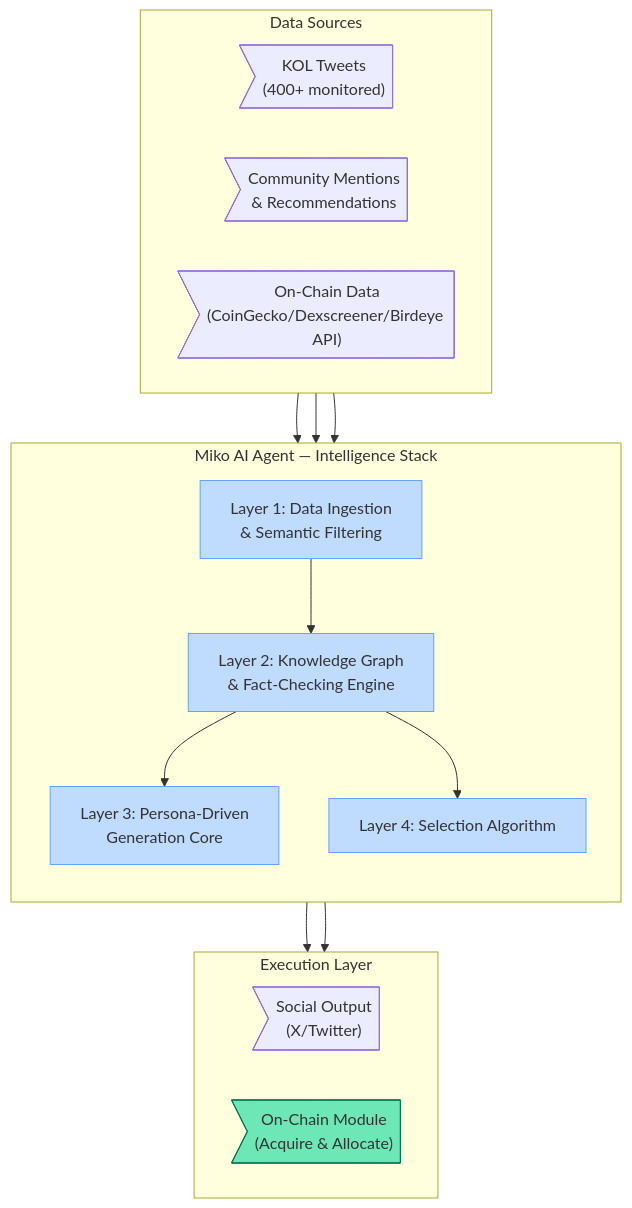
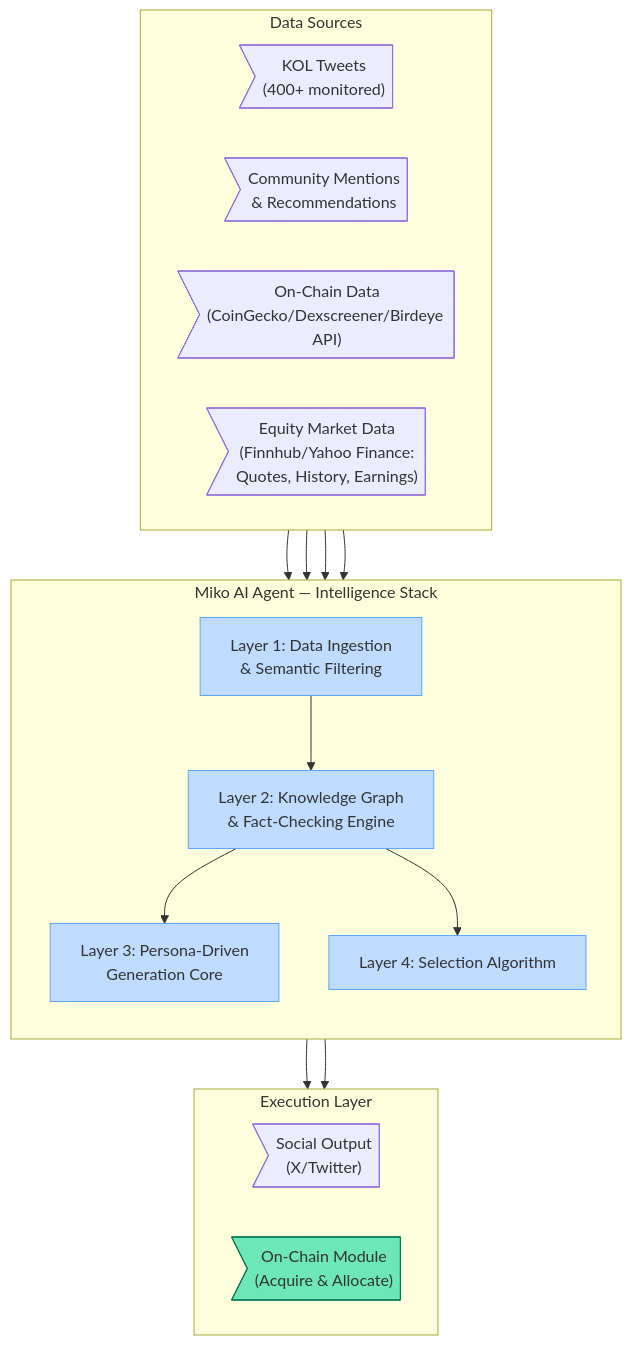
Before and after one commit to Miko-Protocol/docs: the first of 6 diagrams in docs/technical-architecture/ai-architecture.md, drawn with Mermaid. The commit also changed other lines of this file and 18 other files, not shown here.

````diff
--- a/docs/technical-architecture/ai-architecture.md
+++ b/docs/technical-architecture/ai-architecture.md
@@ -11,34 +11,36 @@
 ```mermaid
 graph TD
     subgraph D["Data Sources"]
         direction LR
         DS1>"KOL Tweets<br/>(400+ monitored)"]
         DS2>"Community Mentions<br/>& Recommendations"]
         DS3>"On-Chain Data<br/>(CoinGecko/Dexscreener/Birdeye API)"]
+        DS4>"Equity Market Data<br/>(Finnhub/Yahoo Finance:<br/>Quotes, History, Earnings)"]
     end
     subgraph M["Miko AI Agent — Intelligence Stack"]
         direction TB
         L1["Layer 1: Data Ingestion<br/>& Semantic Filtering"]
         L2["Layer 2: Knowledge Graph<br/>& Fact-Checking Engine"]
         L3["Layer 3: Persona-Driven<br/>Generation Core"]
         L4["Layer 4: Selection Algorithm"]
         L1 --> L2
         L2 --> L3
         L2 --> L4
     end
     subgraph X["Execution Layer"]
         direction LR
         X1>"Social Output<br/>(X/Twitter)"]
         X2>"On-Chain Module<br/>(Acquire & Allocate)"]
     end
     DS1 --> L1
     DS2 --> L1
     DS3 --> L1
+    DS4 --> L1
     L3 --> X1
     L4 --> X2
     style L1 fill:#bfdbfe,stroke:#60a5fa
     style L2 fill:#bfdbfe,stroke:#60a5fa
     style L3 fill:#bfdbfe,stroke:#60a5fa
     style L4 fill:#bfdbfe,stroke:#60a5fa
     style X2 fill:#6ee7b7,stroke:#047857
 ```
````
